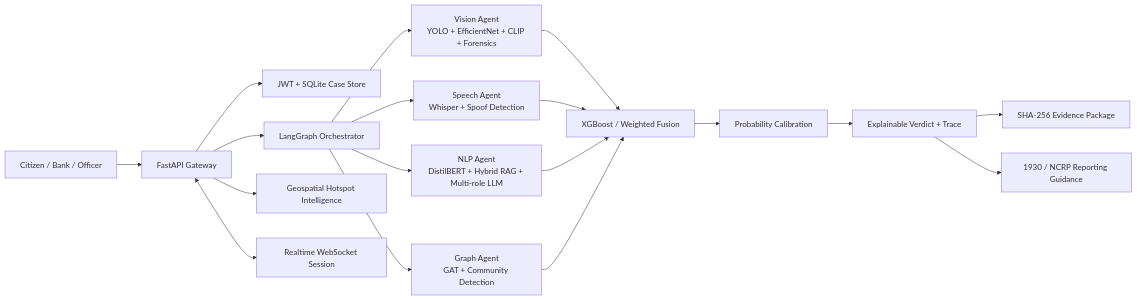
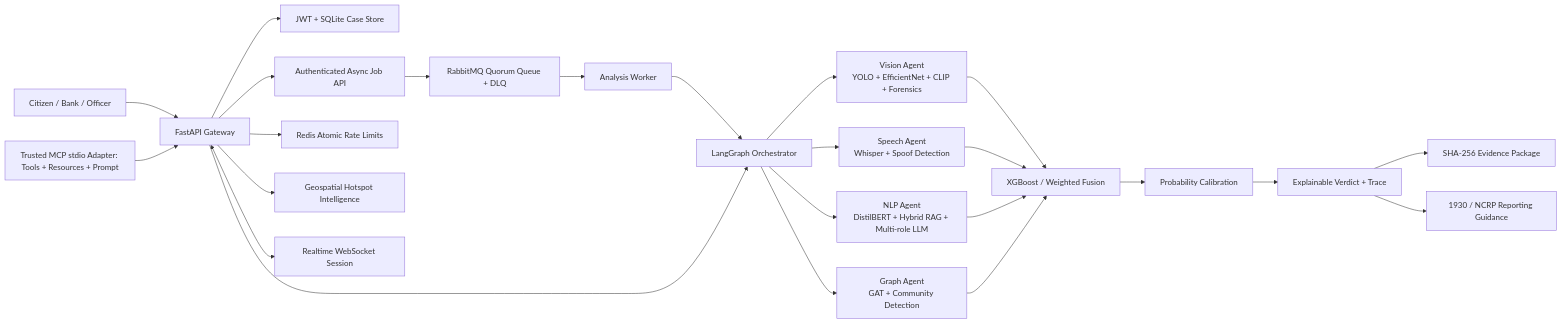
The diagram in docs/ARCHITECTURE.md (umeshgupta05/ET-AI-Hackathon), drawn with Mermaid before and after one commit. The commit also changed other lines of this file and 165 other files, not shown here.

````diff
--- a/docs/ARCHITECTURE.md
+++ b/docs/ARCHITECTURE.md
@@ -3,20 +3,26 @@
 ```mermaid
 flowchart LR
     Citizen[Citizen / Bank / Officer] --> API[FastAPI Gateway]
     API --> Auth[JWT + SQLite Case Store]
+    API --> Jobs[Authenticated Async Job API]
+    Jobs --> RMQ[RabbitMQ Quorum Queue + DLQ]
+    RMQ --> Worker[Analysis Worker]
+    Worker --> LG
+    API --> Redis[Redis Atomic Rate Limits]
+    MCP[Trusted MCP stdio Adapter: Tools + Resources + Prompt] --> API
     API --> LG[LangGraph Orchestrator]
     LG --> V[Vision Agent\nYOLO + EfficientNet + CLIP + Forensics]
     LG --> S[Speech Agent\nWhisper + Spoof Detection]
     LG --> N[NLP Agent\nDistilBERT + Hybrid RAG + Multi-role LLM]
     LG --> G[Graph Agent\nGAT + Community Detection]
     V --> F[XGBoost / Weighted Fusion]
     S --> F
     N --> F
     G --> F
     F --> C[Probability Calibration]
     C --> D[Explainable Verdict + Trace]
     D --> E[SHA-256 Evidence Package]
     D --> R[1930 / NCRP Reporting Guidance]
     API --> Geo[Geospatial Hotspot Intelligence]
     API <--> WS[Realtime WebSocket Session]
 ```
````
